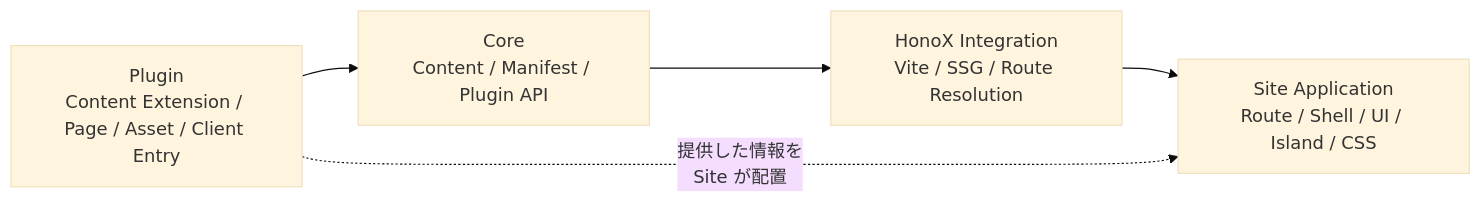
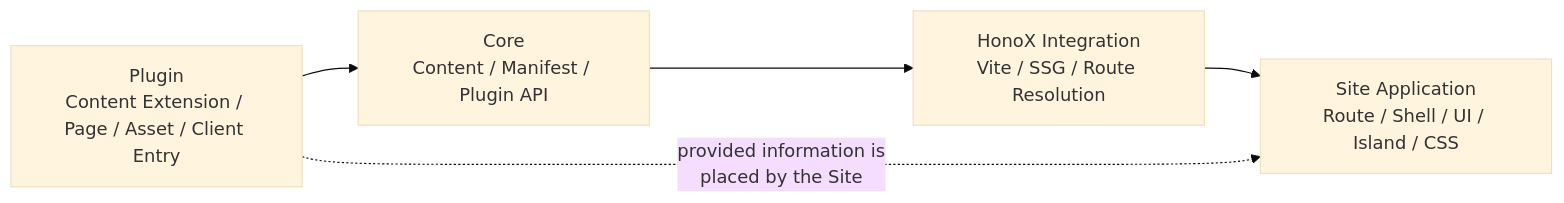
One commit to Rerurate514/riebeckite changed the fourth of 4 diagrams in docs/docs/framework/honox-integration.md. Above: the diagram before and after it, drawn with Mermaid (base theme). The commit also changed other lines of this file and 604 other files, not shown here.

````diff
--- a/docs/docs/framework/honox-integration.md
+++ b/docs/docs/framework/honox-integration.md
@@ -683,12 +218,12 @@
 ```mermaid
 flowchart LR
     Core["Core<br/>Content / Manifest / Plugin API"]
     Integration["HonoX Integration<br/>Vite / SSG / Route Resolution"]
     Plugin["Plugin<br/>Content Extension / Page / Asset / Client Entry"]
     Site["Site Application<br/>Route / Shell / UI / Island / CSS"]
 
     Core --> Integration
     Plugin --> Core
     Integration --> Site
-    Plugin -. "提供した情報を<br/>Site が配置" .-> Site
+    Plugin -. "provided information is<br/>placed by the Site" .-> Site
 ```
````
